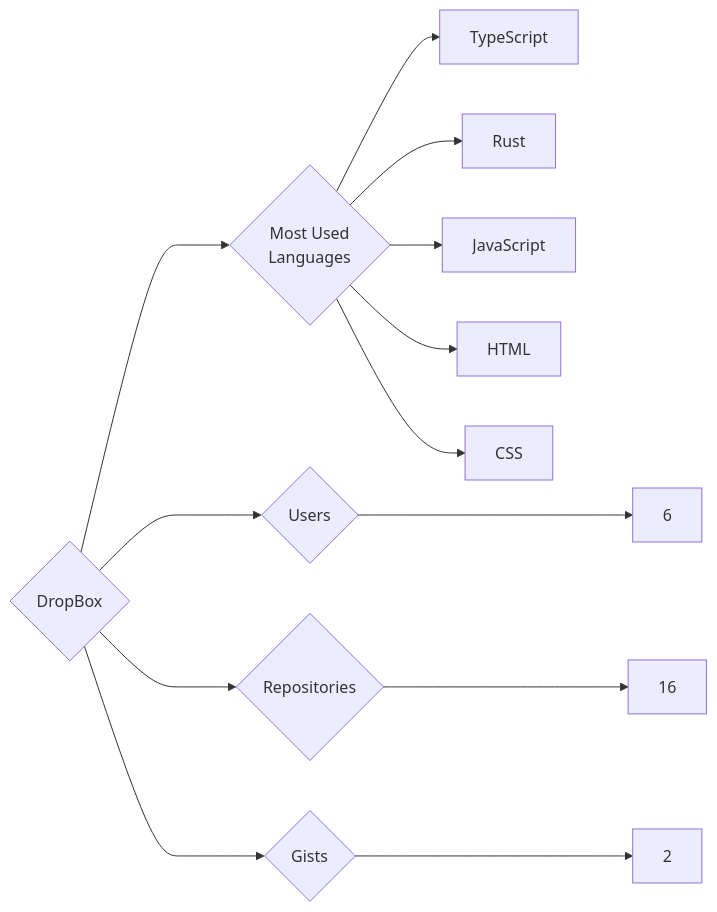
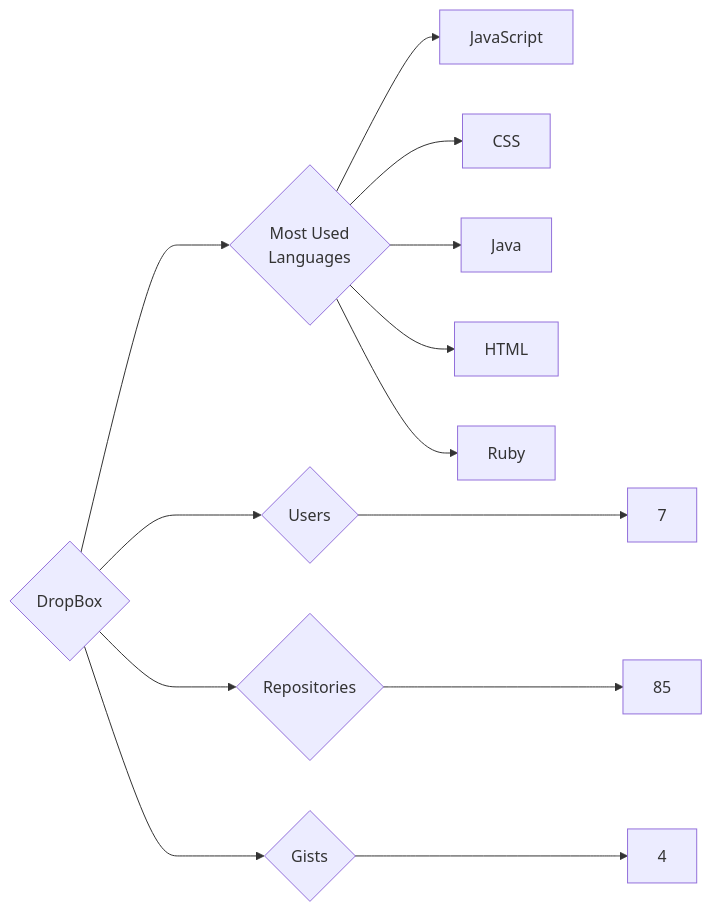
The diagram in targets/DropBox/README.md (trickest/insiders), drawn with Mermaid before and after one commit. The commit also changed 1036 other files, not shown here.

````diff
--- a/targets/DropBox/README.md
+++ b/targets/DropBox/README.md
@@ -3,13 +3,13 @@
 ```mermaid
 graph LR
 COMPANY_NAME{DropBox}
-COMPANY_NAME ---> U{Users} ---> UN[6]
-COMPANY_NAME ---> R{Repositories} ---> RN[16]
-COMPANY_NAME ---> G{Gists} ---> GN[2]
+COMPANY_NAME ---> U{Users} ---> UN[7]
+COMPANY_NAME ---> R{Repositories} ---> RN[85]
+COMPANY_NAME ---> G{Gists} ---> GN[4]
 COMPANY_NAME ---> ML{Most Used<br>Languages}
-ML --> TypeScript[TypeScript]
-ML --> Rust[Rust]
 ML --> JavaScript[JavaScript]
+ML --> CSS[CSS]
+ML --> Java[Java]
 ML --> HTML[HTML]
-ML --> CSS[CSS]
+ML --> Ruby[Ruby]
 ```
````
